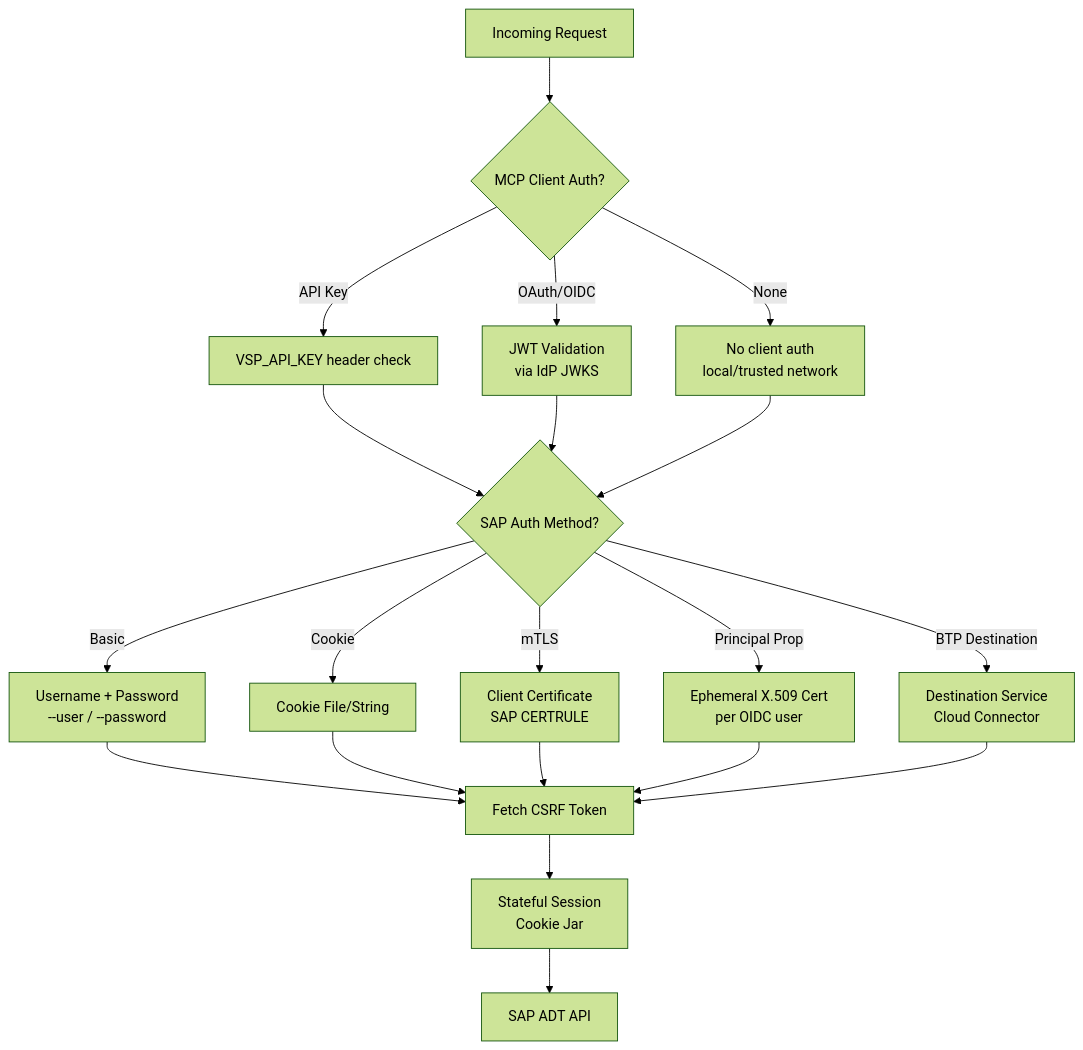
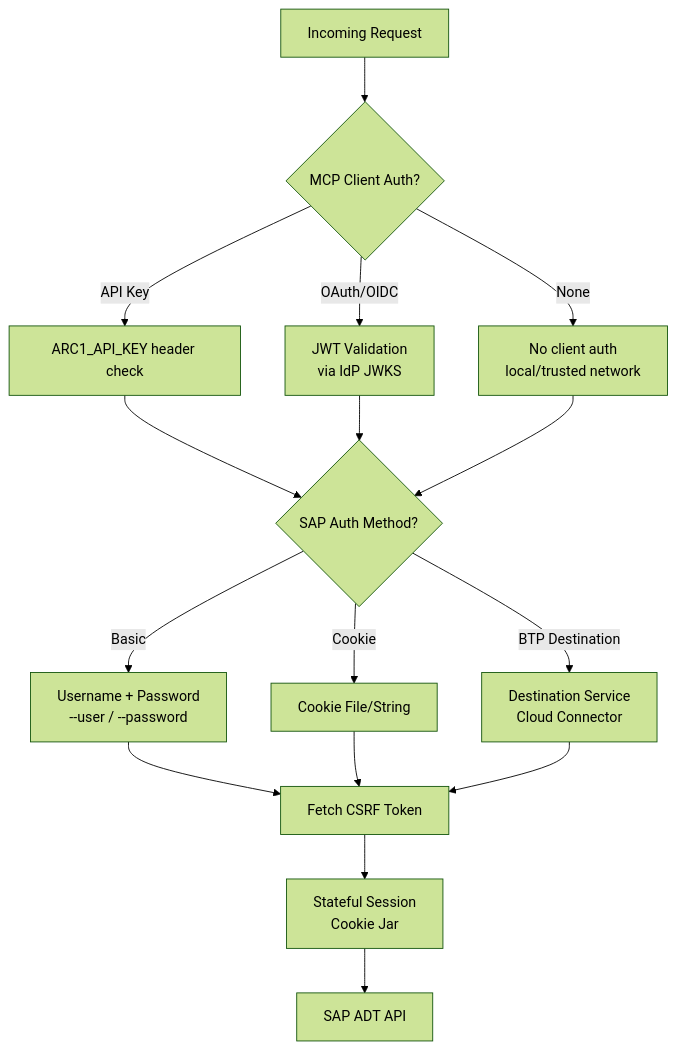
One commit to marianfoo/arc-1 changed the fourth of 7 diagrams in docs/architecture.md. Above: the diagram before and after it, drawn with Mermaid (forest theme). The commit also changed other lines of this file and 26 other files, not shown here.

First line of the commit message:
docs: update all documentation from Go/vsp to TypeScript/ARC-1

````diff
--- a/docs/architecture.md
+++ b/docs/architecture.md
@@ -335,29 +200,25 @@
 ```mermaid
 flowchart TD
     Request[Incoming Request] --> MCPAuth{MCP Client Auth?}
 
-    MCPAuth -->|API Key| APIKey[VSP_API_KEY header check]
+    MCPAuth -->|API Key| APIKey[ARC1_API_KEY header check]
     MCPAuth -->|OAuth/OIDC| OIDC[JWT Validation<br/>via IdP JWKS]
     MCPAuth -->|None| NoAuth[No client auth<br/>local/trusted network]
 
     APIKey --> SAPAuth
     OIDC --> SAPAuth
     NoAuth --> SAPAuth
 
     SAPAuth{SAP Auth Method?}
 
     SAPAuth -->|Basic| Basic[Username + Password<br/>--user / --password]
     SAPAuth -->|Cookie| Cookie[Cookie File/String]
-    SAPAuth -->|mTLS| MTLS[Client Certificate<br/>SAP CERTRULE]
-    SAPAuth -->|Principal Prop| PP[Ephemeral X.509 Cert<br/>per OIDC user]
     SAPAuth -->|BTP Destination| BTP[Destination Service<br/>Cloud Connector]
 
     Basic --> CSRF[Fetch CSRF Token]
     Cookie --> CSRF
-    MTLS --> CSRF
-    PP --> CSRF
     BTP --> CSRF
 
     CSRF --> Session[Stateful Session<br/>Cookie Jar]
     Session --> SAP[SAP ADT API]
 ```
````
